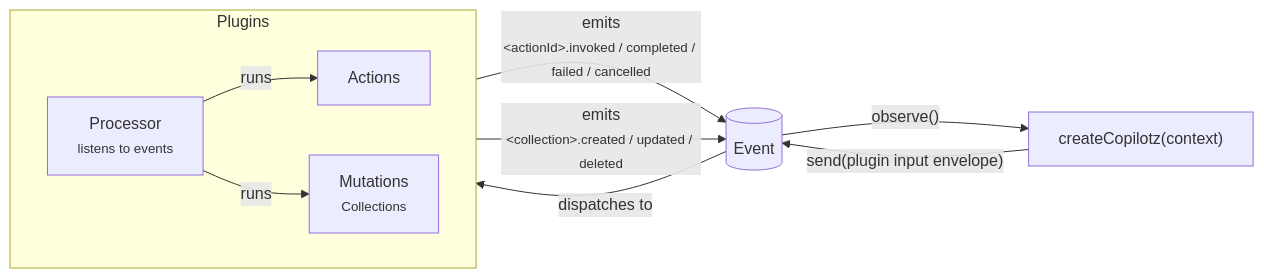
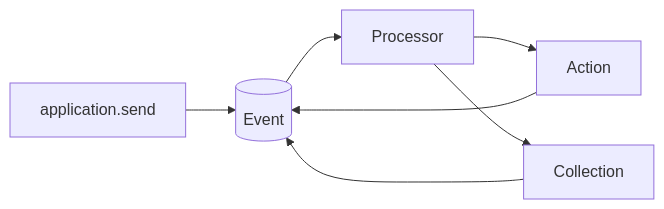
One commit to copilotzhq/copilotz changed the diagram in docs/architecture.md. Above: the diagram before and after it, drawn with Mermaid. The commit also changed other lines of this file and 45 other files, not shown here.

````diff
--- a/docs/architecture.md
+++ b/docs/architecture.md
@@ -8,22 +7,9 @@
 ```mermaid
 flowchart LR
-  app["createCopilotz(context)"]
-  event[("Event")]
-
-  app -- "send(plugin input envelope)" --> event
-  event -- "observe()" --> app
-
-  subgraph plugins["Plugins"]
-    direction LR
-    processor["Processor<br/><small>listens to events</small>"]
-    actions["Actions"]
-    mutations["Mutations<br/><small>Collections</small>"]
-
-    processor -- "runs" --> actions
-    processor -- "runs" --> mutations
-  end
-
-  event -- "dispatches to" --> processor
-  actions -- "emits<br/><small>&lt;actionId&gt;.invoked / completed / failed / cancelled</small>" --> event
-  mutations -- "emits<br/><small>&lt;collection&gt;.created / updated / deleted</small>" --> event
+  app["application.send"] --> event[("Event")]
+  event --> processor["Processor"]
+  processor --> action["Action"]
+  processor --> collection["Collection"]
+  action --> event
+  collection --> event
 ```
````
